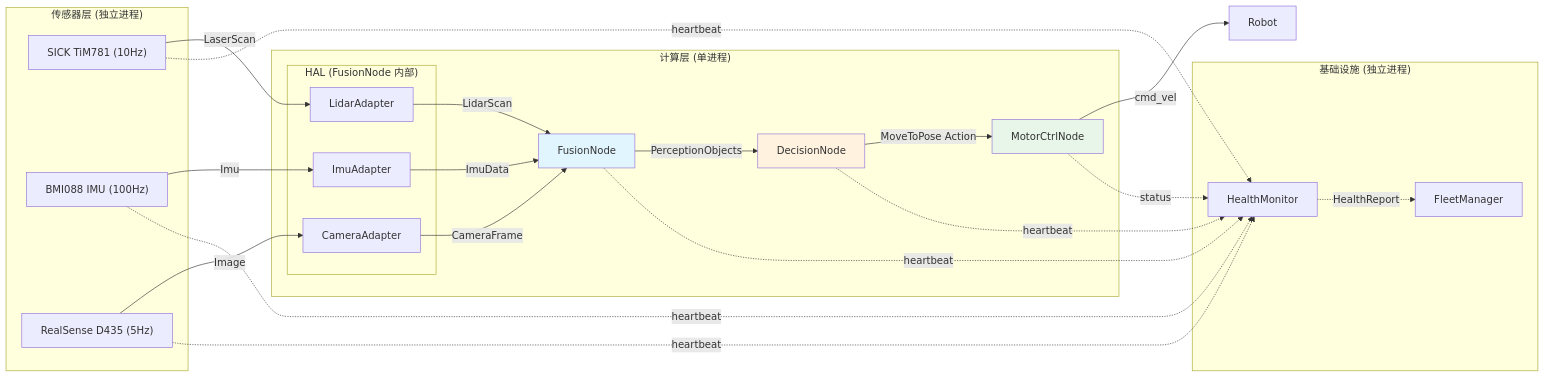
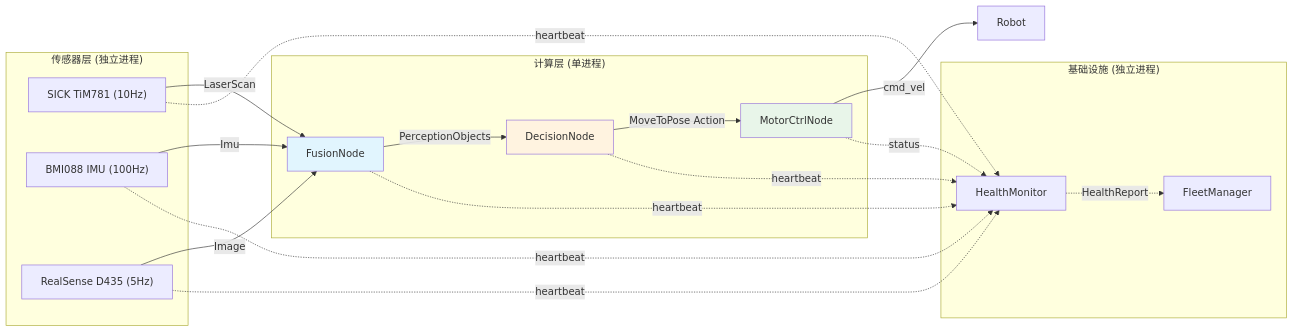
Before and after one commit to guang-lee-cn/ros2_robot_middleware: the first of 4 diagrams in doc/ARCHITECTURE.md, drawn with Mermaid. The commit also changed other lines of this file, not shown here.

Commit message:
docs: simplify data flow, add class dependency diagram with legend

````diff
--- a/doc/ARCHITECTURE.md
+++ b/doc/ARCHITECTURE.md
@@ -10,47 +10,39 @@
 ```mermaid
 flowchart LR
     subgraph sensors["传感器层 (独立进程)"]
         L["SICK TiM781 (10Hz)"]
         I["BMI088 IMU (100Hz)"]
         C["RealSense D435 (5Hz)"]
     end
 
     subgraph compute["计算层 (单进程)"]
-        subgraph hal["HAL (FusionNode 内部)"]
-            HAL_L["LidarAdapter"]
-            HAL_I["ImuAdapter"]
-            HAL_C["CameraAdapter"]
-        end
         FUSION["FusionNode"]
         DECISION["DecisionNode"]
         MOTOR["MotorCtrlNode"]
     end
 
     subgraph infra["基础设施 (独立进程)"]
         HEALTH["HealthMonitor"]
         FLEET["FleetManager"]
     end
 
-    L -->|"LaserScan"| HAL_L
-    I -->|"Imu"| HAL_I
-    C -->|"Image"| HAL_C
-    HAL_L -->|"LidarScan"| FUSION
-    HAL_I -->|"ImuData"| FUSION
-    HAL_C -->|"CameraFrame"| FUSION
+    L -->|"LaserScan"| FUSION
+    I -->|"Imu"| FUSION
+    C -->|"Image"| FUSION
     FUSION -->|"PerceptionObjects"| DECISION
     DECISION -->|"MoveToPose Action"| MOTOR
     MOTOR -->|"cmd_vel"| ROBOT["Robot"]
 
     FUSION -.->|heartbeat| HEALTH
     DECISION -.->|heartbeat| HEALTH
     L -.->|heartbeat| HEALTH
     I -.->|heartbeat| HEALTH
     C -.->|heartbeat| HEALTH
     MOTOR -.->|status| HEALTH
 
     HEALTH -.->|"HealthReport"| FLEET
 
     style FUSION fill:#e1f5fe
     style DECISION fill:#fff3e0
     style MOTOR fill:#e8f5e9
 ```
````
